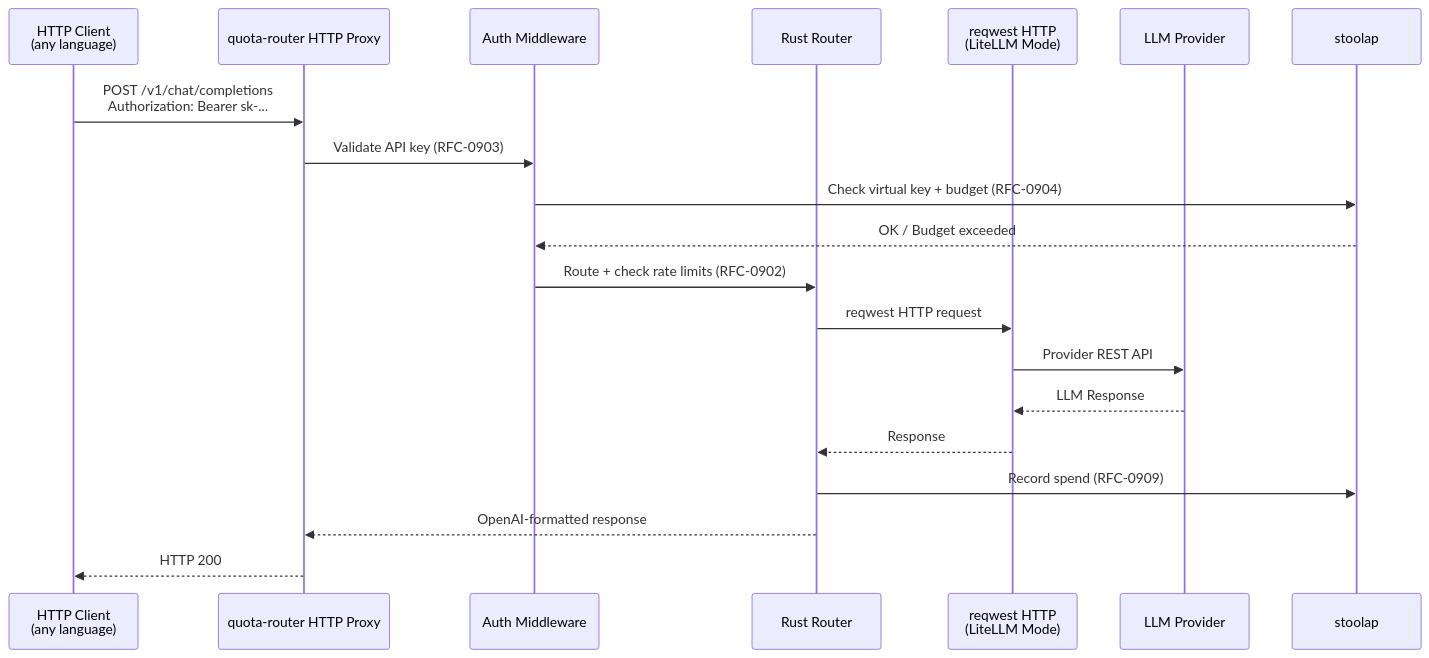
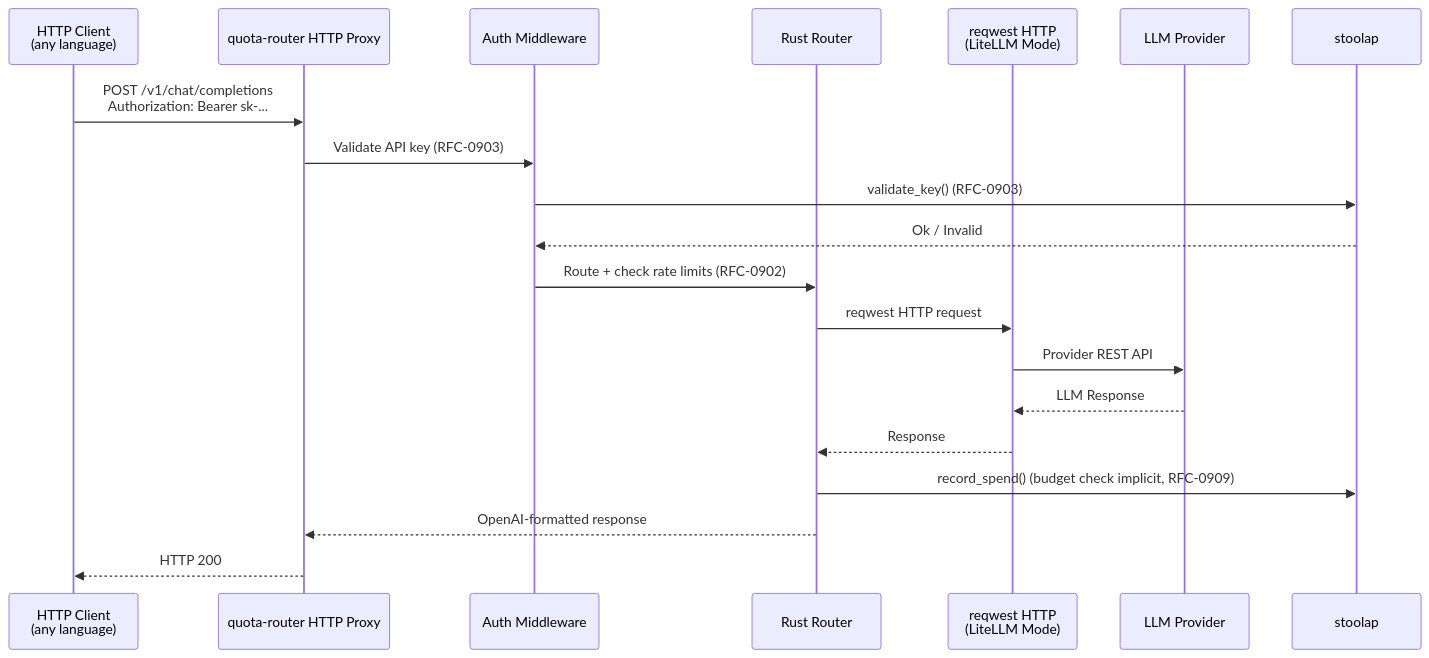
The second of 2 diagrams in rfcs/draft/economics/0917-dual-mode-query-router.md (CipherOcto/cipherocto), drawn with Mermaid before and after one commit. The commit also changed other lines of this file and 1 other file, not shown here.

````diff
--- a/rfcs/draft/economics/0917-dual-mode-query-router.md
+++ b/rfcs/draft/economics/0917-dual-mode-query-router.md
@@ -228,23 +228,23 @@
 ```mermaid
 sequenceDiagram
     participant Client as HTTP Client<br/>(any language)
     participant Gateway as quota-router HTTP Proxy
     participant Auth as Auth Middleware
     participant Router as Rust Router
     participant HTTP as reqwest HTTP<br/>(LiteLLM Mode)
     participant Provider as LLM Provider
     participant Storage as stoolap
 
     Client->>Gateway: POST /v1/chat/completions<br/>Authorization: Bearer sk-...
     Gateway->>Auth: Validate API key (RFC-0903)
-    Auth->>Storage: Check virtual key + budget (RFC-0904)
-    Storage-->>Auth: OK / Budget exceeded
+    Auth->>Storage: validate_key() (RFC-0903)
+    Storage-->>Auth: Ok / Invalid
     Auth->>Router: Route + check rate limits (RFC-0902)
     Router->>HTTP: reqwest HTTP request
     HTTP->>Provider: Provider REST API
     Provider-->>HTTP: LLM Response
     HTTP-->>Router: Response
-    Router->>Storage: Record spend (RFC-0909)
+    Router->>Storage: record_spend() (budget check implicit, RFC-0909)
     Router-->>Gateway: OpenAI-formatted response
     Gateway-->>Client: HTTP 200
 ```
````
